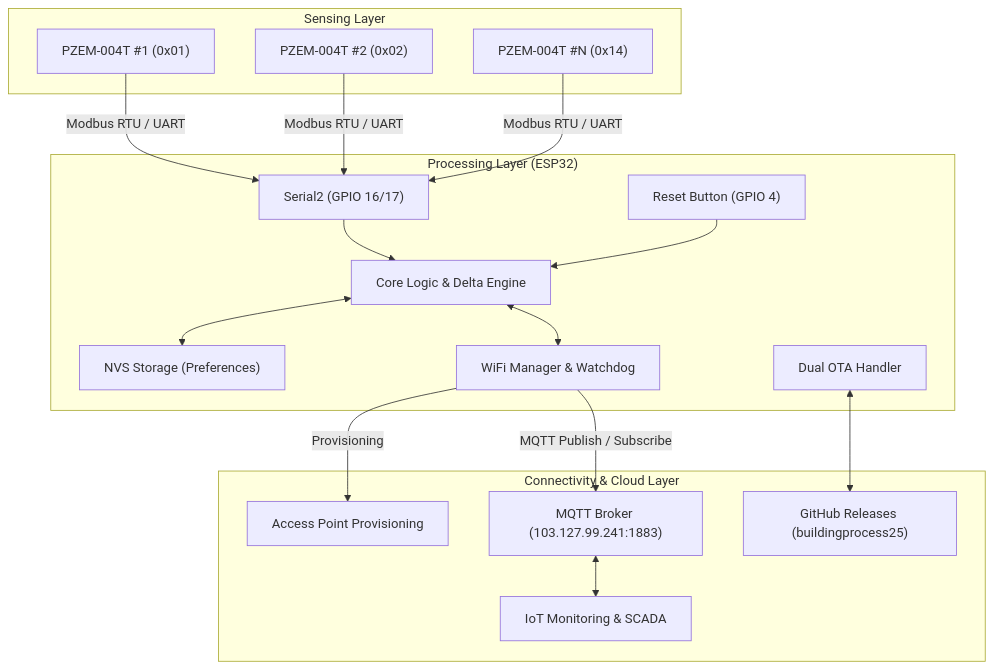
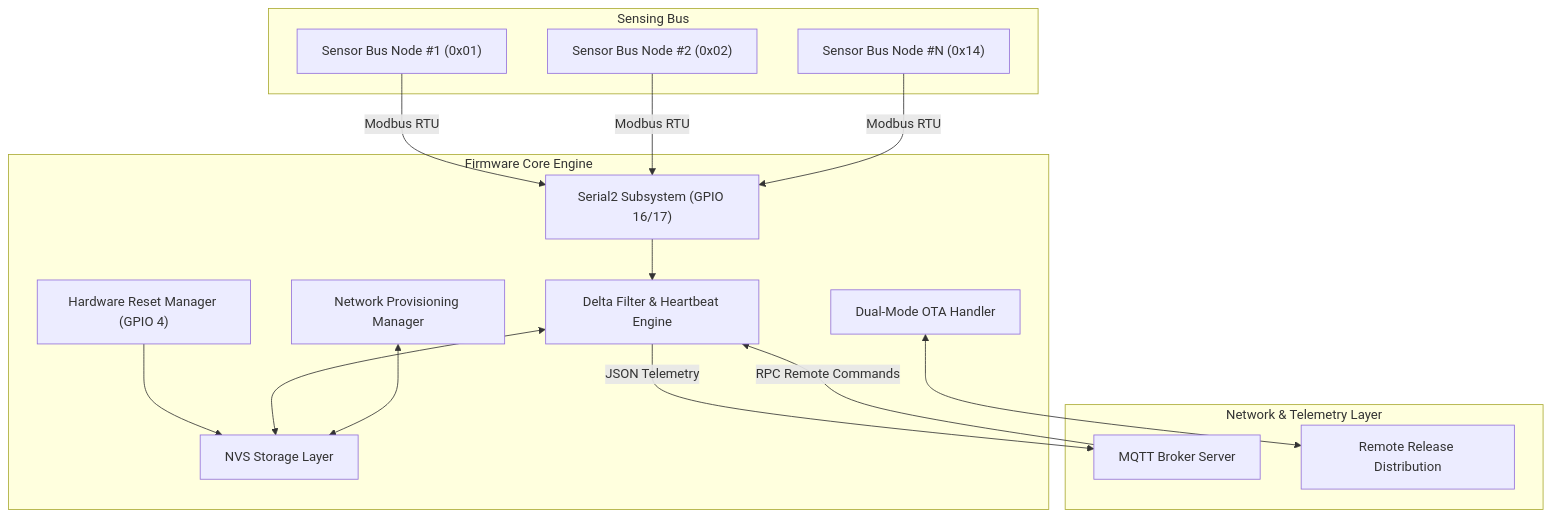
Before and after one commit to buildingprocess25/AlfaEnergy: the diagram in README.md, drawn with Mermaid. The commit also changed other lines of this file, not shown here.

````diff
--- a/README.md
+++ b/README.md
@@ -77,37 +34,34 @@
 ```mermaid
 flowchart TD
-    subgraph "Sensing Layer"
-        P1["PZEM-004T #1 (0x01)"]
-        P2["PZEM-004T #2 (0x02)"]
-        Pn["PZEM-004T #N (0x14)"]
+    subgraph Sensing ["Sensing Bus"]
+        P1["Sensor Bus Node #1 (0x01)"]
+        P2["Sensor Bus Node #2 (0x02)"]
+        Pn["Sensor Bus Node #N (0x14)"]
     end
 
-    subgraph "Processing Layer (ESP32)"
-        UART["Serial2 (GPIO 16/17)"]
-        CORE["Core Logic & Delta Engine"]
-        NVS["NVS Storage (Preferences)"]
-        WIFI["WiFi Manager & Watchdog"]
-        OTA["Dual OTA Handler"]
-        BTN["Reset Button (GPIO 4)"]
+    subgraph CoreEngine ["Firmware Core Engine"]
+        UART["Serial2 Subsystem (GPIO 16/17)"]
+        DELTA["Delta Filter & Heartbeat Engine"]
+        NVS["NVS Storage Layer"]
+        PROV["Network Provisioning Manager"]
+        OTA["Dual-Mode OTA Handler"]
+        RESET["Hardware Reset Manager (GPIO 4)"]
     end
 
-    subgraph "Connectivity & Cloud Layer"
-        AP["Access Point Provisioning"]
-        BROKER["MQTT Broker (103.127.99.241:1883)"]
-        GITHUB["GitHub Releases (buildingprocess25)"]
-        DASHBOARD["IoT Monitoring & SCADA"]
+    subgraph Transport ["Network & Telemetry Layer"]
+        BROKER["MQTT Broker Server"]
+        UPSTREAM["Remote Release Distribution"]
     end
 
-    P1 -->|Modbus RTU / UART| UART
-    P2 -->|Modbus RTU / UART| UART
-    Pn -->|Modbus RTU / UART| UART
+    P1 -->|Modbus RTU| UART
+    P2 -->|Modbus RTU| UART
+    Pn -->|Modbus RTU| UART
 
-    UART --> CORE
-    BTN --> CORE
-    CORE <--> NVS
-    CORE <--> WIFI
-    WIFI -->|Provisioning| AP
-    WIFI -->|MQTT Publish / Subscribe| BROKER
-    OTA <--> GITHUB
-    BROKER <--> DASHBOARD
+    UART --> DELTA
+    RESET --> NVS
+    DELTA <--> NVS
+    PROV <--> NVS
+    DELTA -->|JSON Telemetry| BROKER
+    BROKER -->|RPC Remote Commands| DELTA
+    OTA <--> UPSTREAM
 ```
````
